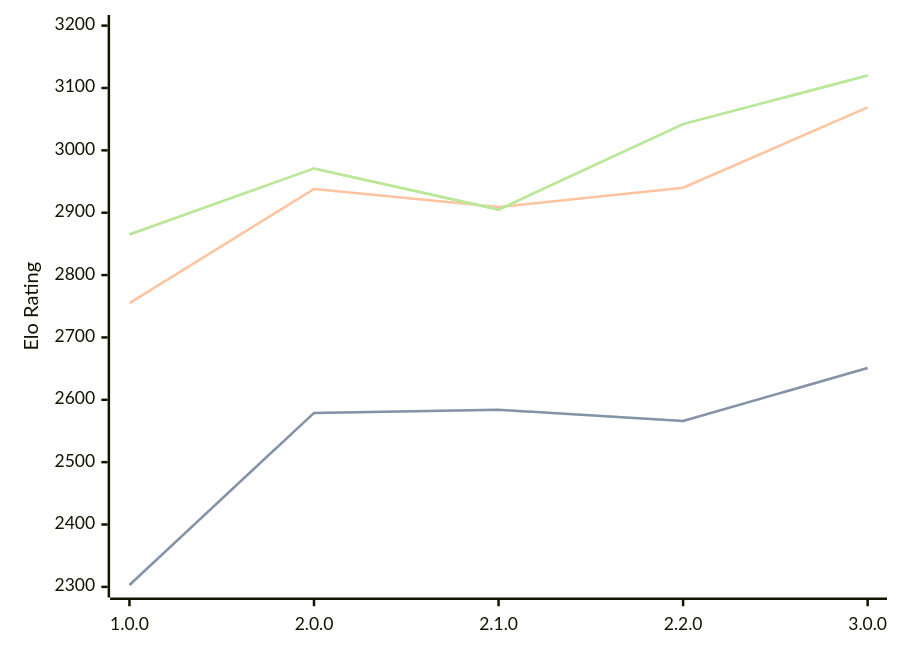
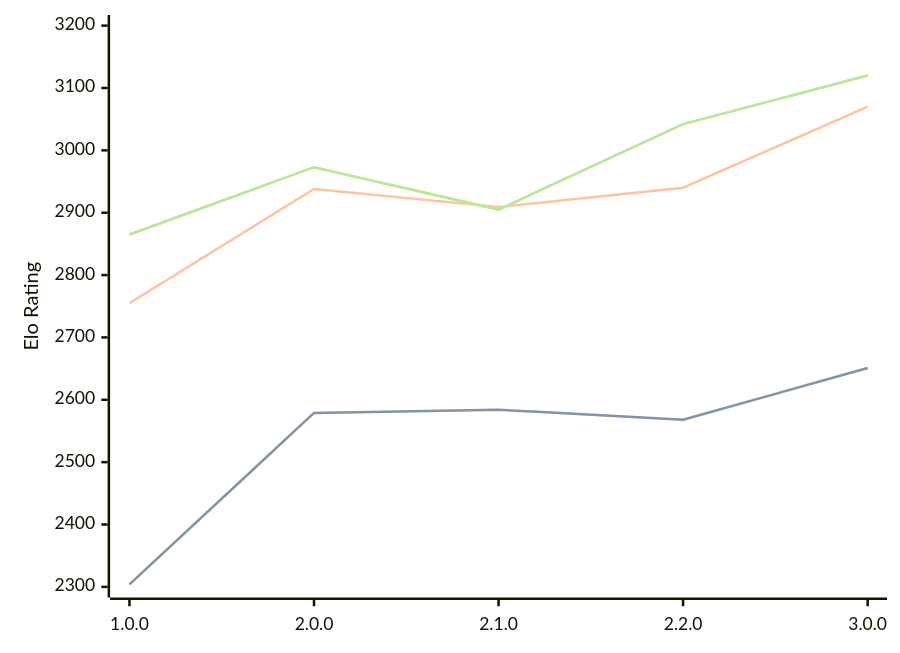
One commit to computer-chess-index/cci changed the third of 3 diagrams in engines/Catalyst.md. Above: the diagram before and after it, drawn with Mermaid. The commit also changed other lines of this file, not shown here.

Commit message:
Update CCI Ratings (ELO VLTC) - 2026-06-24

````diff
--- a/engines/Catalyst.md
+++ b/engines/Catalyst.md
@@ -68,11 +68,11 @@
 ```mermaid
 %%{init: {"theme":"base","themeVariables":{"seriesColors:['#a3a3a3','#222221','#faa371']}}}%%
 xychart-beta
   x-axis ["1.0.0", "2.0.0", "2.1.0", "2.2.0", "3.0.0"]
   y-axis "Elo Rating" 2300 --> 3200
-  line "STC (8.0+0.08s)" [2303, 2579, 2584, 2566, 2651]
-  line "STC (8.0+0.08s)" [2303, 2579, 2584, 2566, 2651]
-  line "LTC (60.0+0.60s)" [2755, 2938, 2909, 2940, 3069]
-  line "VLTC (2m24s+1.12s)" [2865, 2971, 2905, 3042, 3120]
-  line "VLTC (2m24s+1.12s)" [2865, 2971, 2905, 3042, 3120]
+  line "STC (8.0+0.08s)" [2304, 2579, 2584, 2568, 2651]
+  line "STC (8.0+0.08s)" [2304, 2579, 2584, 2568, 2651]
+  line "LTC (60.0+0.60s)" [2755, 2938, 2909, 2940, 3070]
+  line "VLTC (2m24s+1.12s)" [2865, 2973, 2905, 3042, 3120]
+  line "VLTC (2m24s+1.12s)" [2865, 2973, 2905, 3042, 3120]
 ```
````
